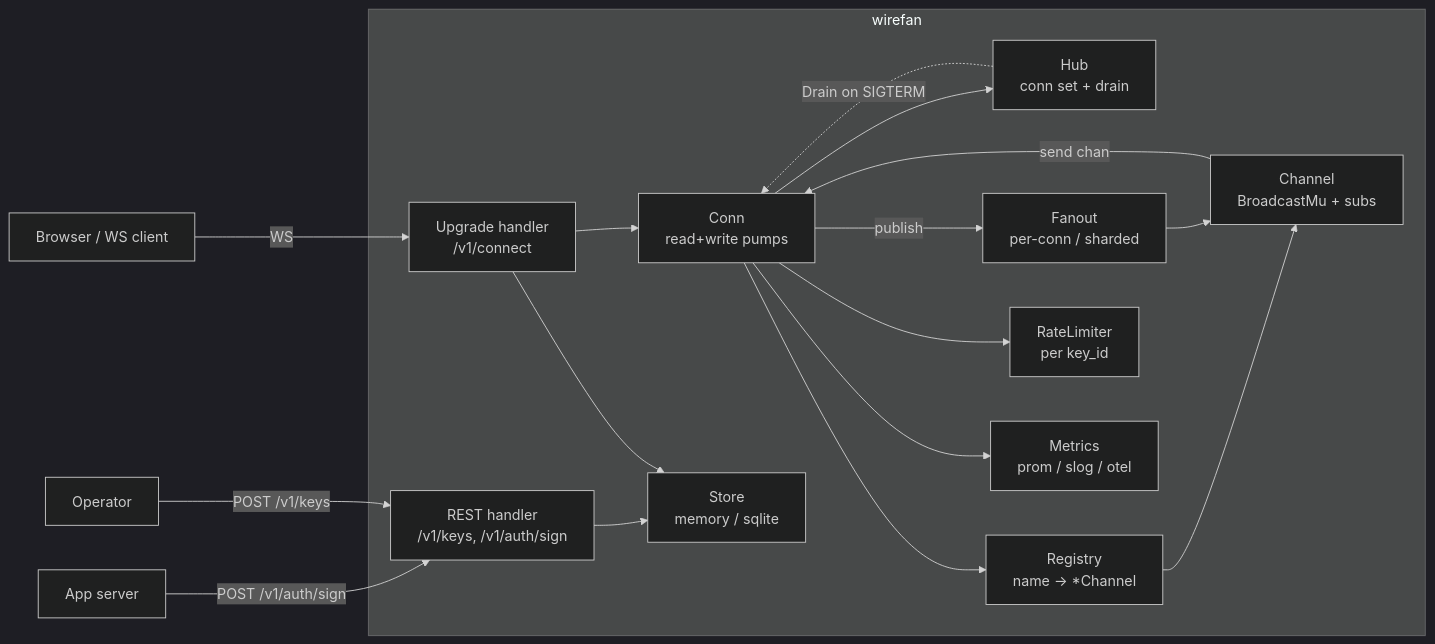
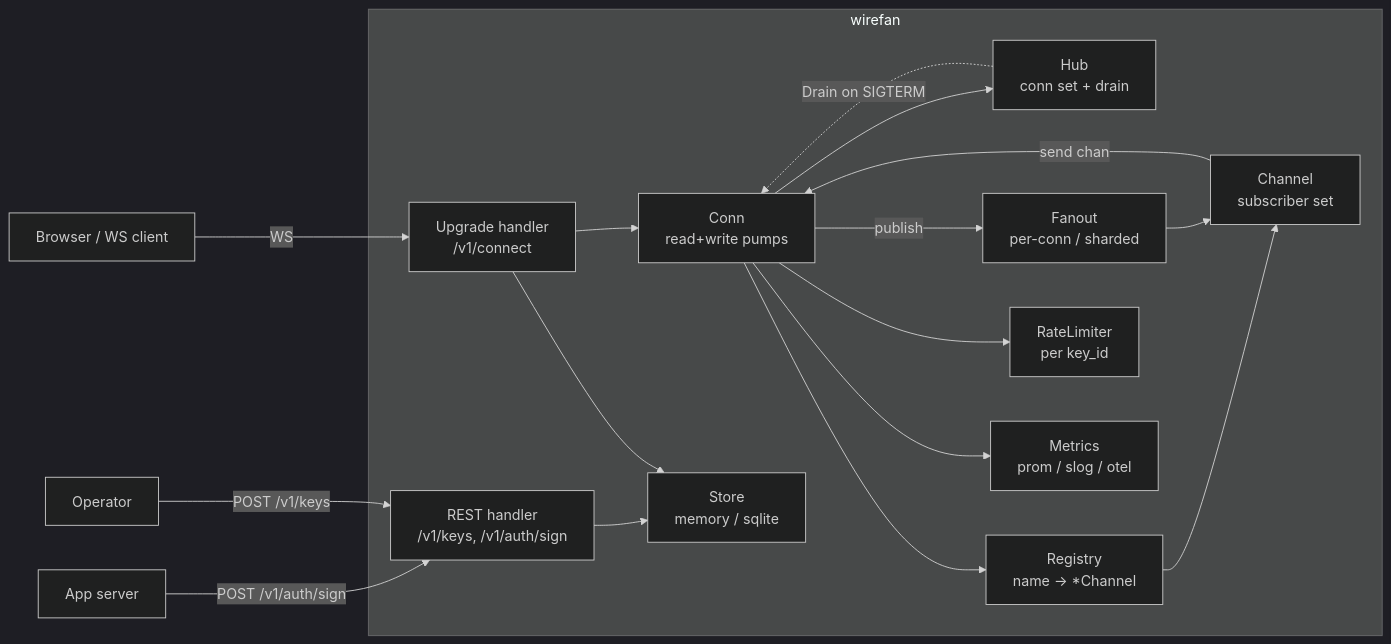
The first of 3 diagrams in docs/DESIGN.md (EthanY33/wirefan), drawn with Mermaid (dark theme) before and after one commit. The commit also changed other lines of this file, not shown here.

Commit message:
docs: replace broadcast-mutex fiction with the real per-subscriber FIFO design

````diff
--- a/docs/DESIGN.md
+++ b/docs/DESIGN.md
@@ -39,35 +41,35 @@
 ```mermaid
 flowchart LR
   Browser[Browser / WS client]
   AppSrv[App server]
   Admin[Operator]
 
   subgraph wirefan
     Up[Upgrade handler<br/>/v1/connect]
     REST[REST handler<br/>/v1/keys, /v1/auth/sign]
     Conn[Conn<br/>read+write pumps]
     Hub[Hub<br/>conn set + drain]
     Reg[Registry<br/>name -> *Channel]
-    Ch[Channel<br/>BroadcastMu + subs]
+    Ch[Channel<br/>subscriber set]
     Fan[Fanout<br/>per-conn / sharded]
     RL[RateLimiter<br/>per key_id]
     St[Store<br/>memory / sqlite]
     Mt[Metrics<br/>prom / slog / otel]
   end
 
   Browser-- WS -->Up
   AppSrv-- POST /v1/auth/sign -->REST
   Admin-- POST /v1/keys -->REST
   Up-->Conn
   Conn-->Hub
   Conn-->Reg
   Reg-->Ch
   Conn-- publish -->Fan
   Fan-->Ch
   Ch-- send chan -->Conn
   REST-->St
   Up-->St
   Conn-->RL
   Conn-->Mt
   Hub-. Drain on SIGTERM .->Conn
 ```
````
